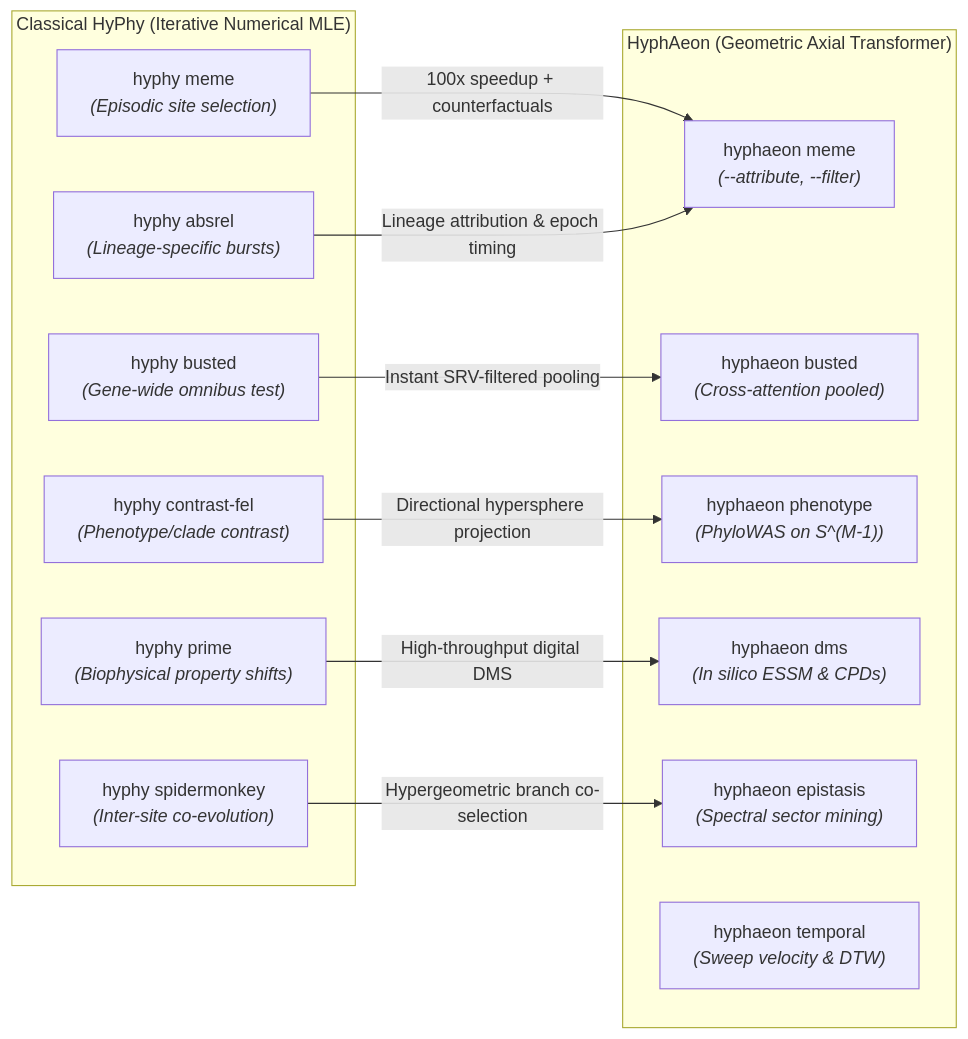
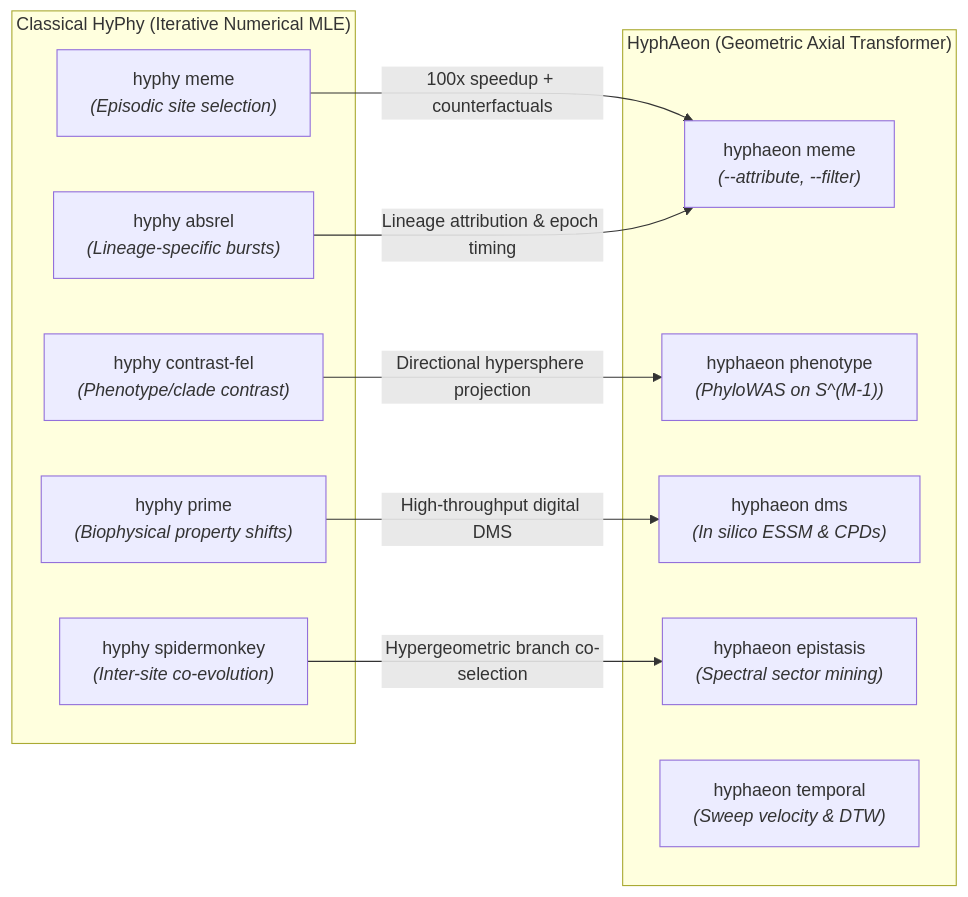
The first of 2 diagrams in MIGRATION_GUIDE.md (d-callan/HyphAeon), drawn with Mermaid before and after one commit. The commit also changed other lines of this file, not shown here.

First line of the commit message:
Remove busted references from MIGRATION_GUIDE.md

````diff
--- a/MIGRATION_GUIDE.md
+++ b/MIGRATION_GUIDE.md
@@ -17,27 +17,24 @@
 ```mermaid
 graph LR
     subgraph "Classical HyPhy (Iterative Numerical MLE)"
         H_MEME["hyphy meme<br/><i>(Episodic site selection)</i>"]
-        H_BUSTED["hyphy busted<br/><i>(Gene-wide omnibus test)</i>"]
         H_CONTRAST["hyphy contrast-fel<br/><i>(Phenotype/clade contrast)</i>"]
         H_PRIME["hyphy prime<br/><i>(Biophysical property shifts)</i>"]
         H_ABSREL["hyphy absrel<br/><i>(Lineage-specific bursts)</i>"]
         H_BGM["hyphy spidermonkey<br/><i>(Inter-site co-evolution)</i>"]
     end
 
     subgraph "HyphAeon (Geometric Axial Transformer)"
         A_MEME["hyphaeon meme<br/><i>(--attribute, --filter)</i>"]
-        A_BUSTED["hyphaeon busted<br/><i>(Cross-attention pooled)</i>"]
         A_PHENO["hyphaeon phenotype<br/><i>(PhyloWAS on S^(M-1))</i>"]
         A_DMS["hyphaeon dms<br/><i>(In silico ESSM & CPDs)</i>"]
         A_EPI["hyphaeon epistasis<br/><i>(Spectral sector mining)</i>"]
         A_TEMP["hyphaeon temporal<br/><i>(Sweep velocity & DTW)</i>"]
     end
 
     H_MEME -->|100x speedup + counterfactuals| A_MEME
-    H_BUSTED -->|Instant SRV-filtered pooling| A_BUSTED
     H_CONTRAST -->|Directional hypersphere projection| A_PHENO
     H_PRIME -->|High-throughput digital DMS| A_DMS
     H_ABSREL -->|Lineage attribution & epoch timing| A_MEME
     H_BGM -->|Hypergeometric branch co-selection| A_EPI
 ```
````
